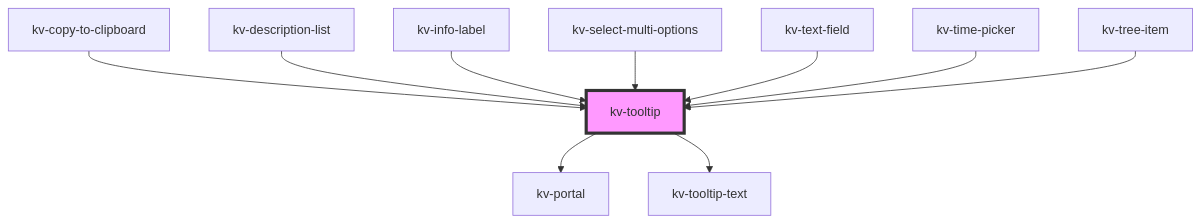
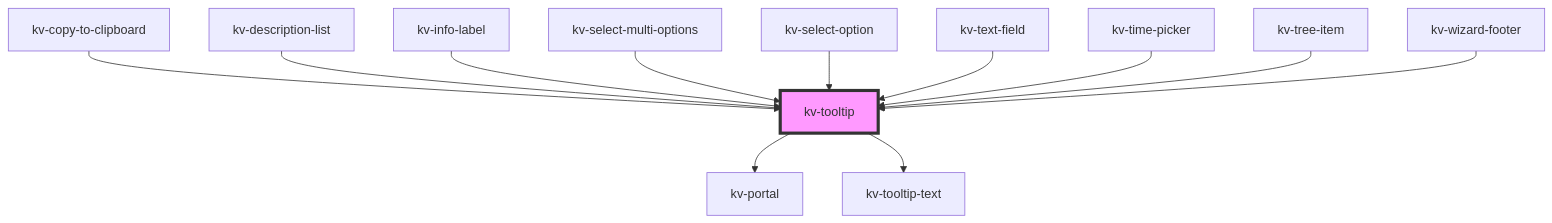
One commit to kelvininc/ui-components changed the diagram in packages/ui-components/src/components/tooltip/readme.md. Above: the diagram before and after it, drawn with Mermaid. The commit also changed other lines of this file and 49 other files, not shown here.

````diff
--- a/packages/ui-components/src/components/tooltip/readme.md
+++ b/packages/ui-components/src/components/tooltip/readme.md
@@ -78,13 +81,15 @@
 ```mermaid
 graph TD;
   kv-tooltip --> kv-portal
   kv-tooltip --> kv-tooltip-text
   kv-copy-to-clipboard --> kv-tooltip
   kv-description-list --> kv-tooltip
   kv-info-label --> kv-tooltip
   kv-select-multi-options --> kv-tooltip
+  kv-select-option --> kv-tooltip
   kv-text-field --> kv-tooltip
   kv-time-picker --> kv-tooltip
   kv-tree-item --> kv-tooltip
+  kv-wizard-footer --> kv-tooltip
   style kv-tooltip fill:#f9f,stroke:#333,stroke-width:4px
 ```
````
